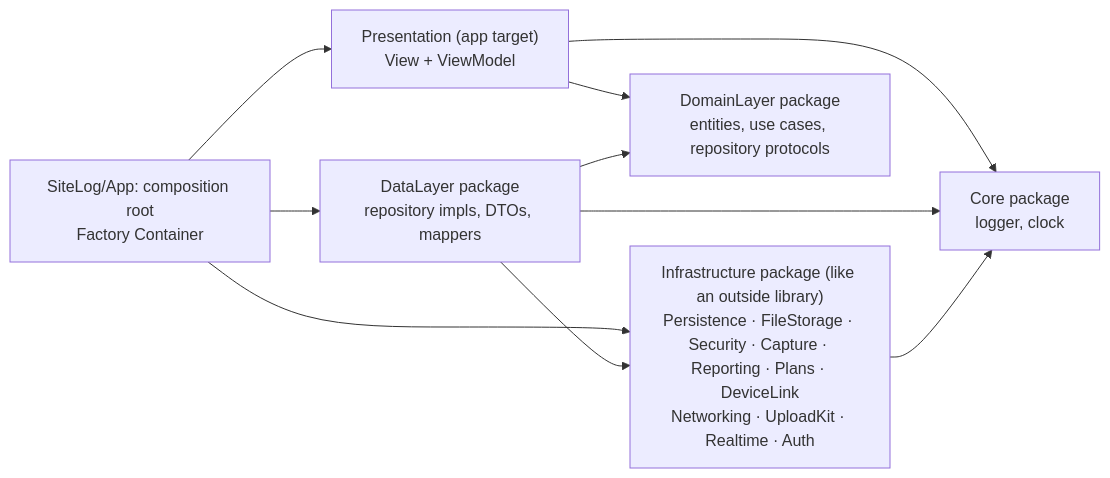
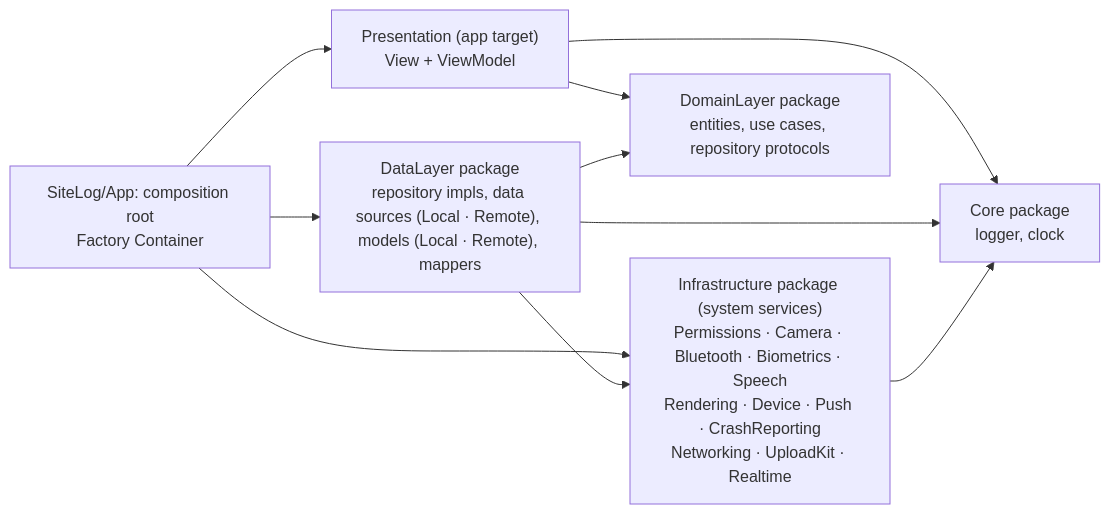
Before and after one commit to DAMHONGDUC/site-log-ios: the diagram in docs/feature-docs/00-overview.md, drawn with Mermaid. The commit also changed other lines of this file and 21 other files, not shown here.

First line of the commit message:
docs: architecture - session rules, applied to every guide

````diff
--- a/docs/feature-docs/00-overview.md
+++ b/docs/feature-docs/00-overview.md
@@ -217,12 +218,12 @@
 ```mermaid
 flowchart LR
     App["SiteLog/App: composition root<br/>Factory Container"] --> P["Presentation (app target)<br/>View + ViewModel"]
-    App --> Data["DataLayer package<br/>repository impls, DTOs, mappers"]
+    App --> Data["DataLayer package<br/>repository impls, data sources (Local · Remote), models (Local · Remote), mappers"]
     App --> I
     P --> D["DomainLayer package<br/>entities, use cases, repository protocols"]
     Data --> D
-    Data --> I["Infrastructure package (like an outside library)<br/>Persistence · FileStorage · Security · Capture · Reporting · Plans · DeviceLink<br/>Networking · UploadKit · Realtime · Auth"]
+    Data --> I["Infrastructure package (system services)<br/>Permissions · Camera · Bluetooth · Biometrics · Speech<br/>Rendering · Device · Push · CrashReporting<br/>Networking · UploadKit · Realtime"]
     P --> C["Core package<br/>logger, clock"]
     Data --> C
     I --> C
 ```
````
